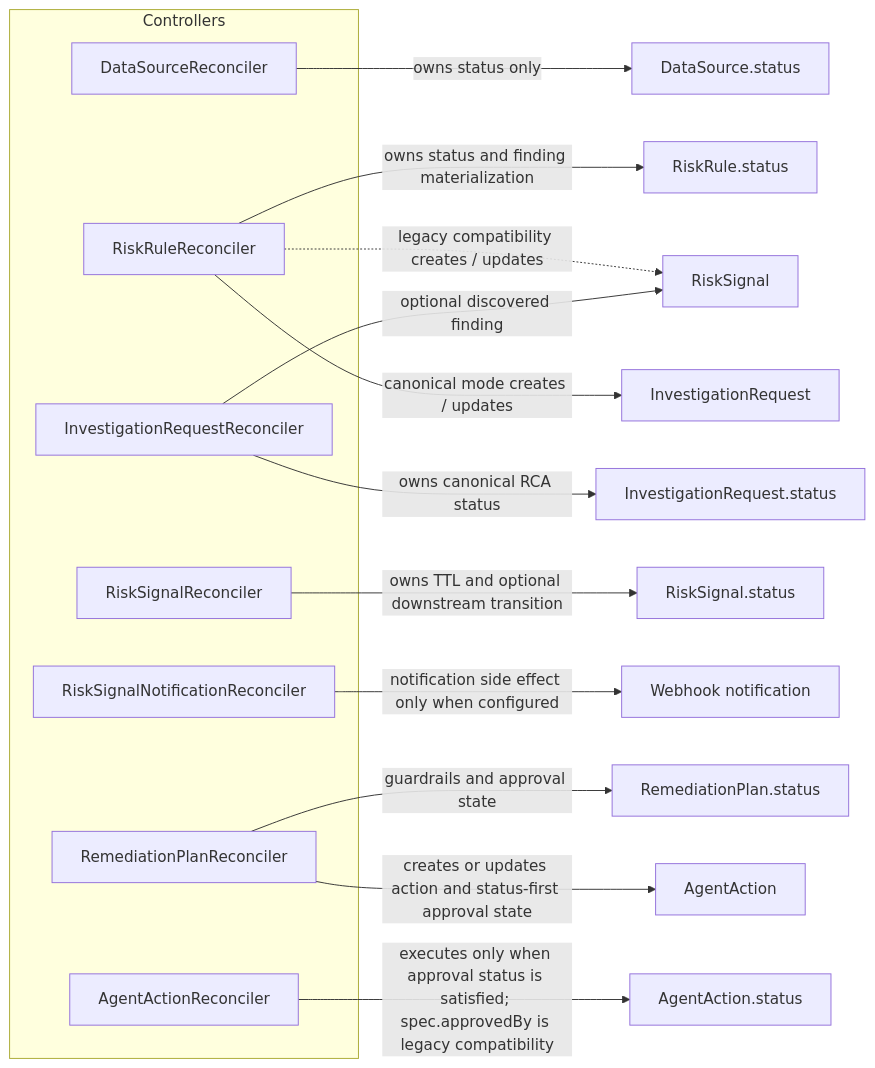
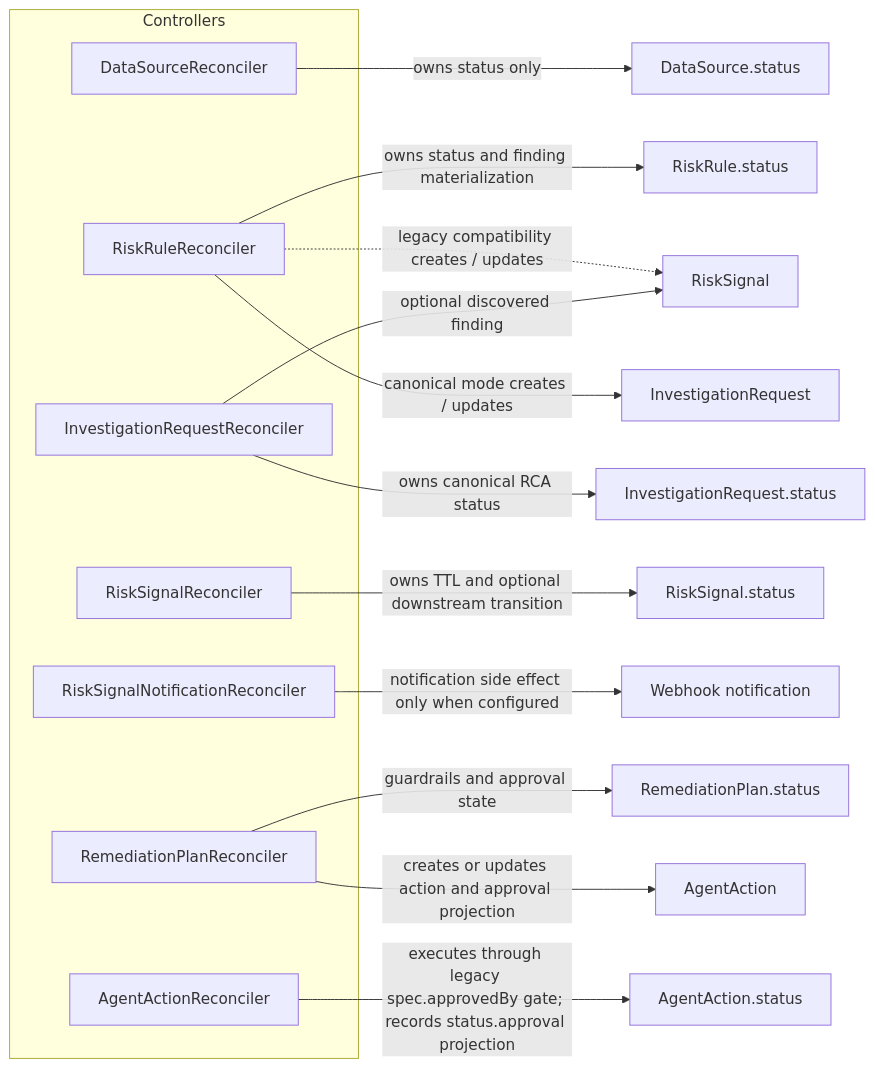
One commit to FluxSeer/fluxseer-rca changed the fifth of 18 diagrams in docs/architecture/mermaid-diagrams.md. Above: the diagram before and after it, drawn with Mermaid. The commit also changed other lines of this file and 10 other files, not shown here.

Commit message:
docs: align v0.3 RCA architecture claims

````diff
--- a/docs/architecture/mermaid-diagrams.md
+++ b/docs/architecture/mermaid-diagrams.md
@@ -400,24 +400,24 @@
 ```mermaid
 flowchart LR
     subgraph Controllers
         DSRec[DataSourceReconciler]
         RRRec[RiskRuleReconciler]
         IRRec[InvestigationRequestReconciler]
         RSRec[RiskSignalReconciler]
         NotifyRec[RiskSignalNotificationReconciler]
         RPRec[RemediationPlanReconciler]
         AARec[AgentActionReconciler]
     end
 
     DSRec -->|owns status only| DSStatus[DataSource.status]
     RRRec -->|owns status and finding materialization| RRStatus[RiskRule.status]
     RRRec -.legacy compatibility creates / updates.-> RS[RiskSignal]
     RRRec -->|canonical mode creates / updates| IR[InvestigationRequest]
     IRRec -->|owns canonical RCA status| IRStatus[InvestigationRequest.status]
     IRRec -->|optional discovered finding| RS
     RSRec -->|owns TTL and optional downstream transition| RSStatus[RiskSignal.status]
     NotifyRec -->|notification side effect only when configured| Notify[Webhook notification]
     RPRec -->|guardrails and approval state| RPStatus[RemediationPlan.status]
-    RPRec -->|creates or updates action and status-first approval state| AA[AgentAction]
-    AARec -->|executes only when approval status is satisfied; spec.approvedBy is legacy compatibility| AAStatus[AgentAction.status]
+    RPRec -->|creates or updates action and approval projection| AA[AgentAction]
+    AARec -->|executes through legacy spec.approvedBy gate; records status.approval projection| AAStatus[AgentAction.status]
 ```
````
